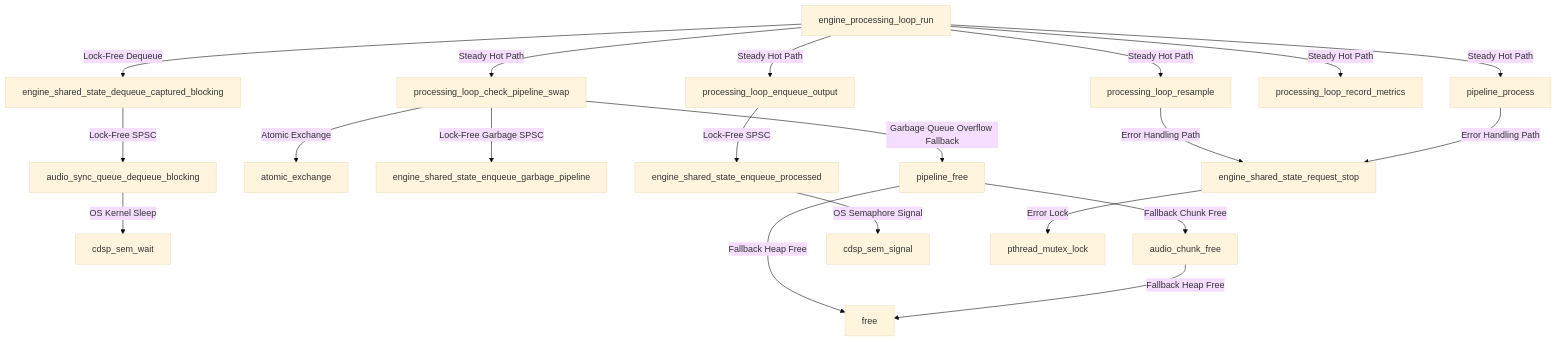
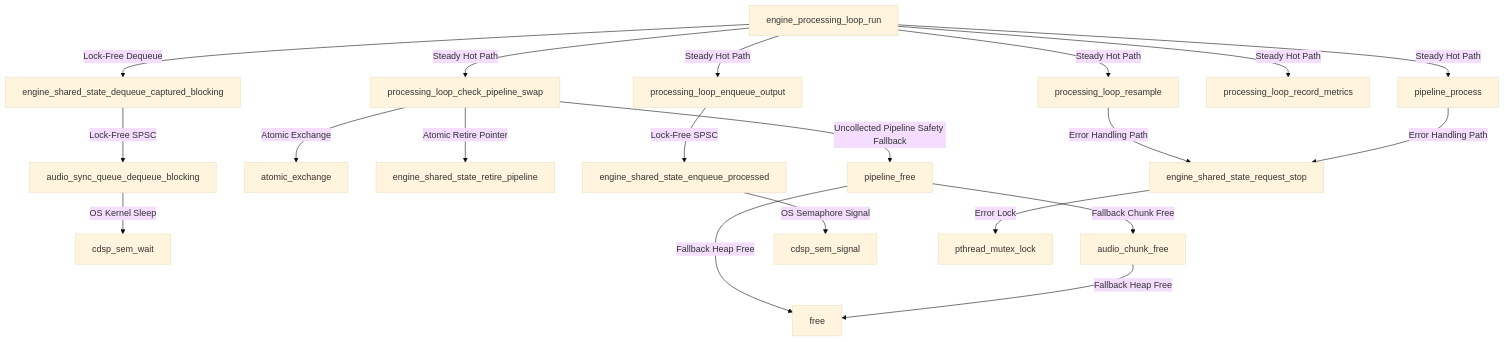
The second of 3 diagrams in callgraph_audit_report.md (Wang-Yue/cdsp), drawn with Mermaid (base theme) before and after one commit. The commit also changed 8 other files, not shown here.

Commit message:
refactor: replace garbage queue with atomic retired pipeline for improved memory management

````diff
--- a/callgraph_audit_report.md
+++ b/callgraph_audit_report.md
@@ -73,27 +73,27 @@
 ```mermaid
 graph TD
     engine_processing_loop_run -->|Lock-Free Dequeue| engine_shared_state_dequeue_captured_blocking
     engine_processing_loop_run -->|Steady Hot Path| processing_loop_resample
     engine_processing_loop_run -->|Steady Hot Path| processing_loop_check_pipeline_swap
     engine_processing_loop_run -->|Steady Hot Path| pipeline_process
     engine_processing_loop_run -->|Steady Hot Path| processing_loop_record_metrics
     engine_processing_loop_run -->|Steady Hot Path| processing_loop_enqueue_output
 
     engine_shared_state_dequeue_captured_blocking -->|Lock-Free SPSC| audio_sync_queue_dequeue_blocking
     audio_sync_queue_dequeue_blocking -->|OS Kernel Sleep| cdsp_sem_wait
 
     processing_loop_check_pipeline_swap -->|Atomic Exchange| atomic_exchange
-    processing_loop_check_pipeline_swap -->|Lock-Free Garbage SPSC| engine_shared_state_enqueue_garbage_pipeline
-    processing_loop_check_pipeline_swap -->|Garbage Queue Overflow Fallback| pipeline_free
+    processing_loop_check_pipeline_swap -->|Atomic Retire Pointer| engine_shared_state_retire_pipeline
+    processing_loop_check_pipeline_swap -->|Uncollected Pipeline Safety Fallback| pipeline_free
 
     pipeline_free -->|Fallback Heap Free| free
     pipeline_free -->|Fallback Chunk Free| audio_chunk_free
     audio_chunk_free -->|Fallback Heap Free| free
 
     processing_loop_enqueue_output -->|Lock-Free SPSC| engine_shared_state_enqueue_processed
     engine_shared_state_enqueue_processed -->|OS Semaphore Signal| cdsp_sem_signal
 
     processing_loop_resample -->|Error Handling Path| engine_shared_state_request_stop
     pipeline_process -->|Error Handling Path| engine_shared_state_request_stop
     engine_shared_state_request_stop -->|Error Lock| pthread_mutex_lock
 ```
````
